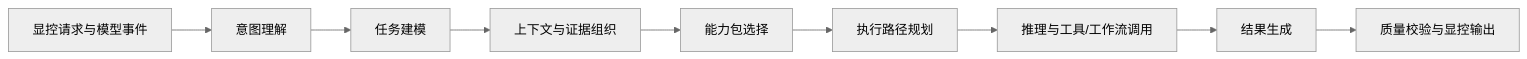
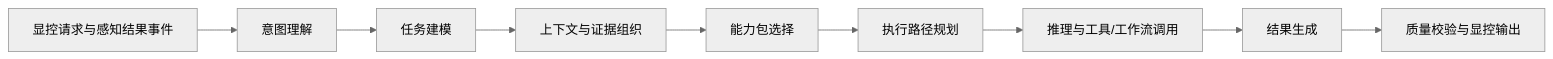
Before and after one commit to StormSeven1/obsidian-vault: the fourth of 7 diagrams in radar agent/4.3.3.2 LD智能体子系统技术方案.md, drawn with Mermaid (neutral theme). The commit also changed other lines of this file, not shown here.

````diff
--- a/radar agent/4.3.3.2 LD智能体子系统技术方案.md
+++ b/radar agent/4.3.3.2 LD智能体子系统技术方案.md
@@ -248,11 +248,11 @@
 ```mermaid
 flowchart LR
-    A[显控请求与模型事件] --> B[意图理解]
+    A[显控请求与感知结果事件] --> B[意图理解]
     B --> C[任务建模]
     C --> D[上下文与证据组织]
     D --> E[能力包选择]
     E --> F[执行路径规划]
     F --> G[推理与工具/工作流调用]
     G --> H[结果生成]
     H --> I[质量校验与显控输出]
 ```
````
